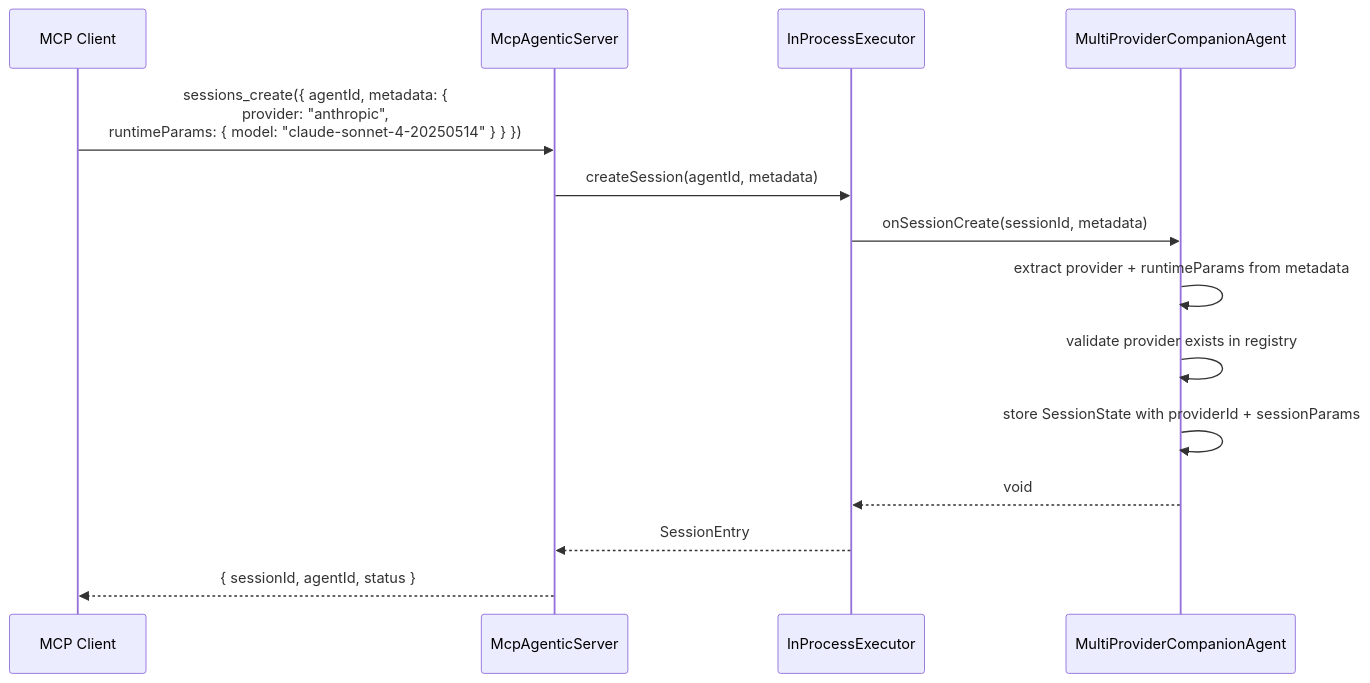
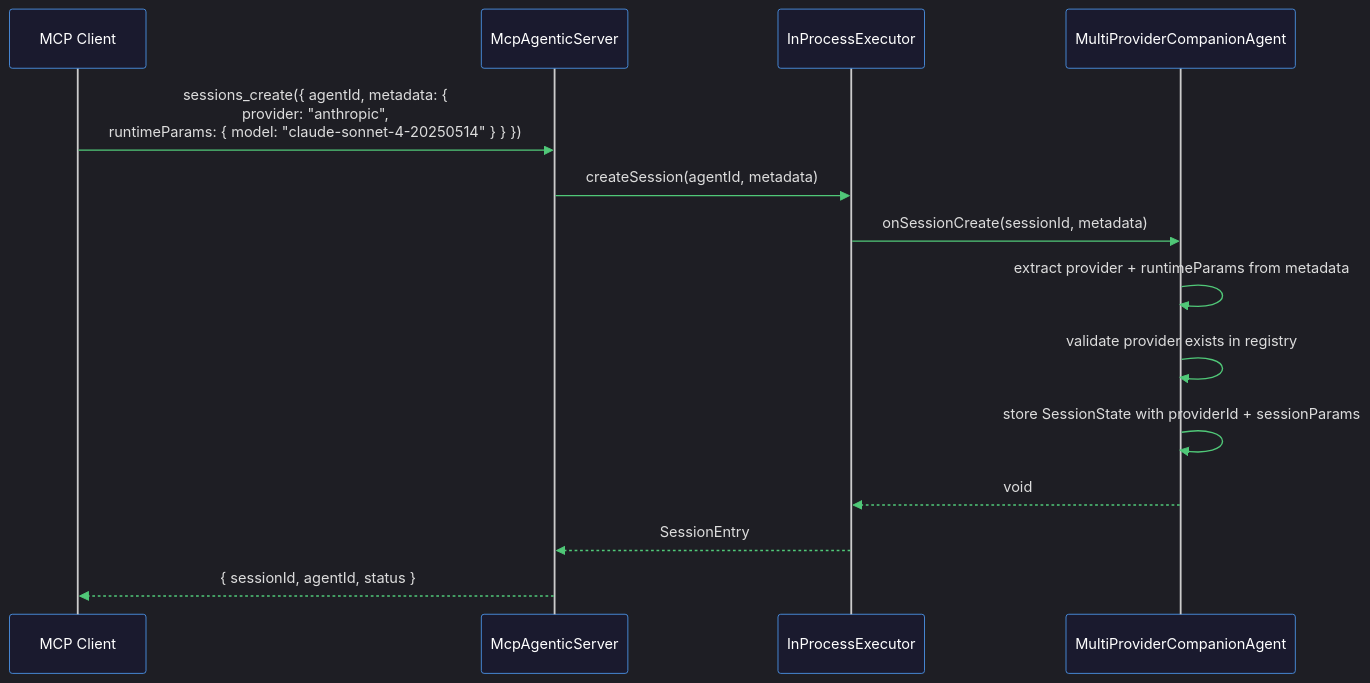
One commit to stdiobus/mcp-agentic changed the fourth of 7 diagrams in README.md. Above: the diagram before and after it, drawn with Mermaid. The commit also changed other lines of this file, not shown here.

First line of the commit message:
docs(architecture): restructure diagrams with collapsible sections and visual hierarchy

````diff
--- a/README.md
+++ b/README.md
@@ -244,17 +232,18 @@
 ```mermaid
+%%{init: {'theme':'dark', 'themeVariables':{'actorBkg':'#1a1a2e','actorBorder':'#4a90e2','actorTextColor':'#fff','signalColor':'#50c878','signalTextColor':'#ddd','noteBkgColor':'#16213e','noteTextColor':'#fff','noteBorderColor':'#e67e22','activationBkgColor':'#0f3460','activationBorderColor':'#9b59b6','sequenceNumberColor':'#f39c12'}}}%%
 sequenceDiagram
     participant Client as MCP Client
     participant Server as McpAgenticServer
     participant Executor as InProcessExecutor
     participant Agent as MultiProviderCompanionAgent
 
     Client->>Server: sessions_create({ agentId, metadata: {<br/>provider: "anthropic",<br/>runtimeParams: { model: "claude-sonnet-4-20250514" } } })
     Server->>Executor: createSession(agentId, metadata)
     Executor->>Agent: onSessionCreate(sessionId, metadata)
     Agent->>Agent: extract provider + runtimeParams from metadata
     Agent->>Agent: validate provider exists in registry
     Agent->>Agent: store SessionState with providerId + sessionParams
     Agent-->>Executor: void
     Executor-->>Server: SessionEntry
     Server-->>Client: { sessionId, agentId, status }
 ```
````
